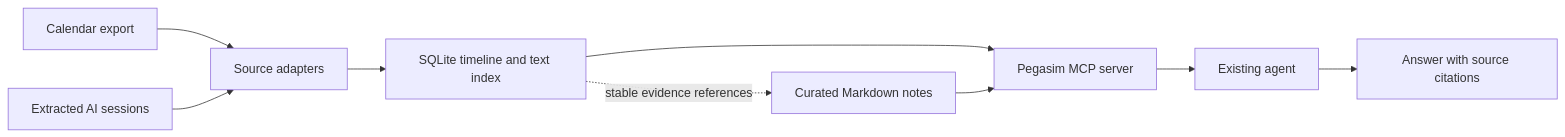
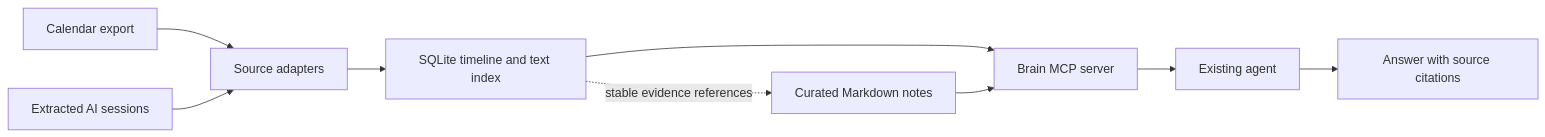
The diagram in docs/architecture.md (Pegasim/Brain), drawn with Mermaid before and after one commit. The commit also changed other lines of this file and 6 other files, not shown here.

````diff
--- a/docs/architecture.md
+++ b/docs/architecture.md
@@ -13,11 +13,11 @@
 ```mermaid
 flowchart LR
     Calendar[Calendar export] --> Import[Source adapters]
     Sessions[Extracted AI sessions] --> Import
     Import --> Timeline[SQLite timeline and text index]
     Timeline -. stable evidence references .-> Notes[Curated Markdown notes]
-    Timeline --> Retrieve[Pegasim MCP server]
+    Timeline --> Retrieve[Brain MCP server]
     Notes --> Retrieve
     Retrieve --> Agent[Existing agent]
     Agent --> Answer[Answer with source citations]
 ```
````
